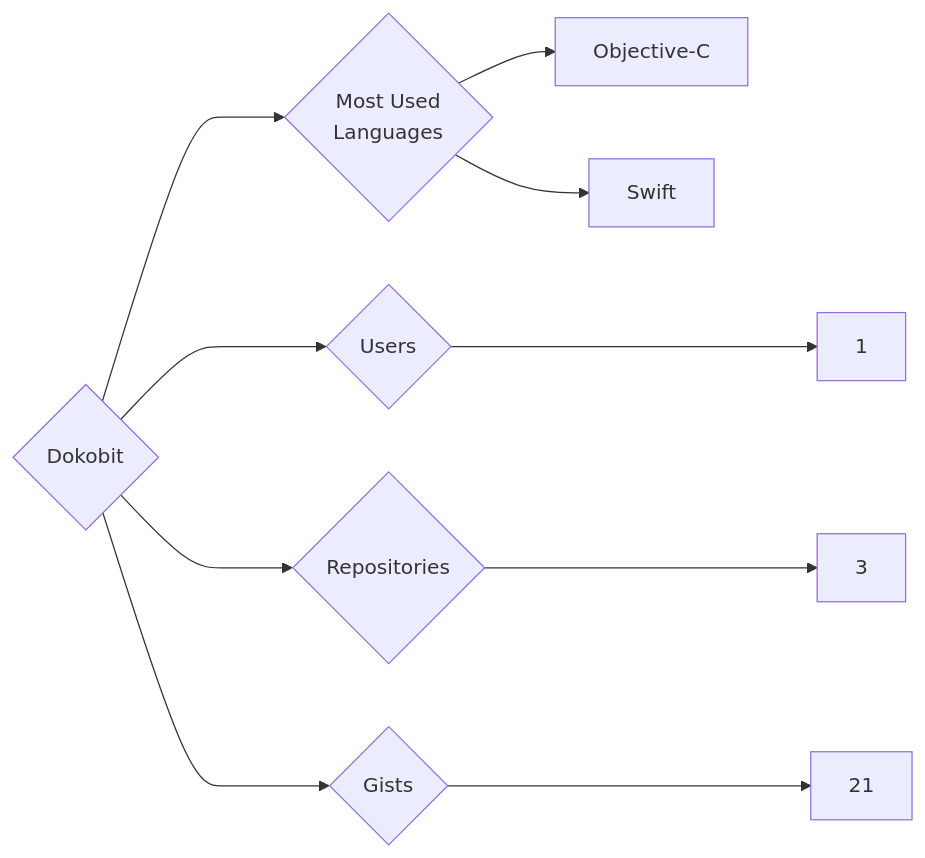
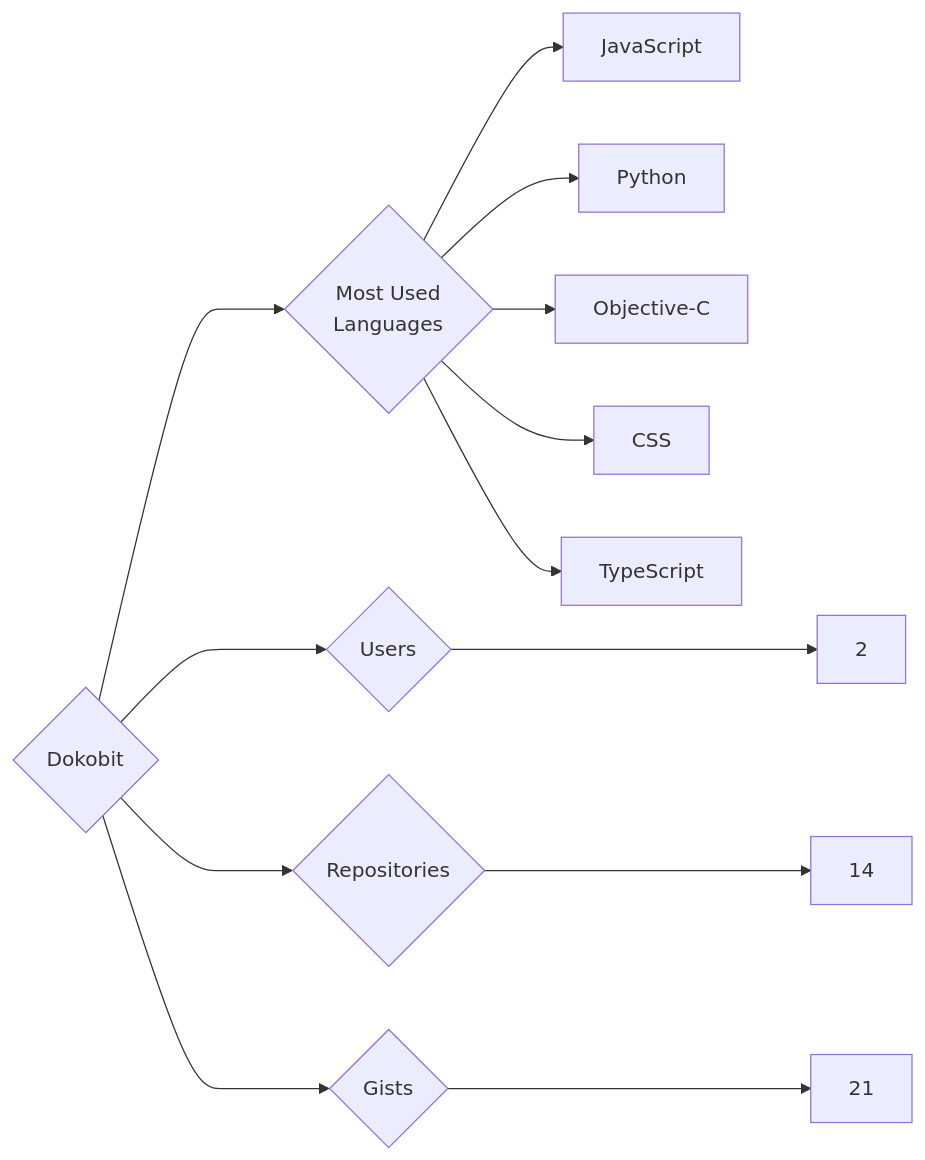
One commit to trickest/insiders changed the diagram in targets/Dokobit/README.md. Above: the diagram before and after it, drawn with Mermaid. The commit also changed 933 other files, not shown here.

````diff
--- a/targets/Dokobit/README.md
+++ b/targets/Dokobit/README.md
@@ -3,10 +3,13 @@
 ```mermaid
 graph LR
 COMPANY_NAME{Dokobit}
-COMPANY_NAME ---> U{Users} ---> UN[1]
-COMPANY_NAME ---> R{Repositories} ---> RN[3]
+COMPANY_NAME ---> U{Users} ---> UN[2]
+COMPANY_NAME ---> R{Repositories} ---> RN[14]
 COMPANY_NAME ---> G{Gists} ---> GN[21]
 COMPANY_NAME ---> ML{Most Used<br>Languages}
+ML --> JavaScript[JavaScript]
+ML --> Python[Python]
 ML --> Objective-C[Objective-C]
-ML --> Swift[Swift]
+ML --> CSS[CSS]
+ML --> TypeScript[TypeScript]
 ```
````
